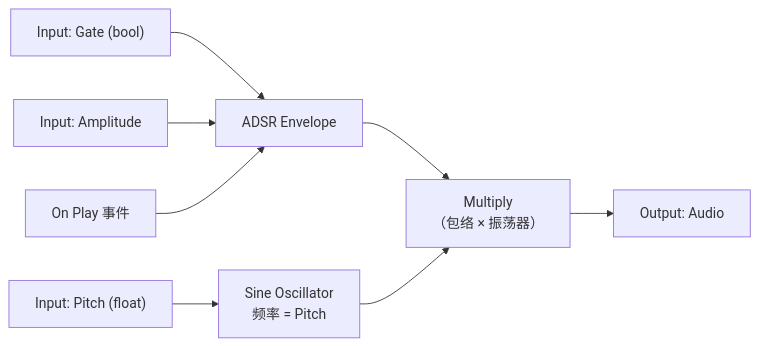
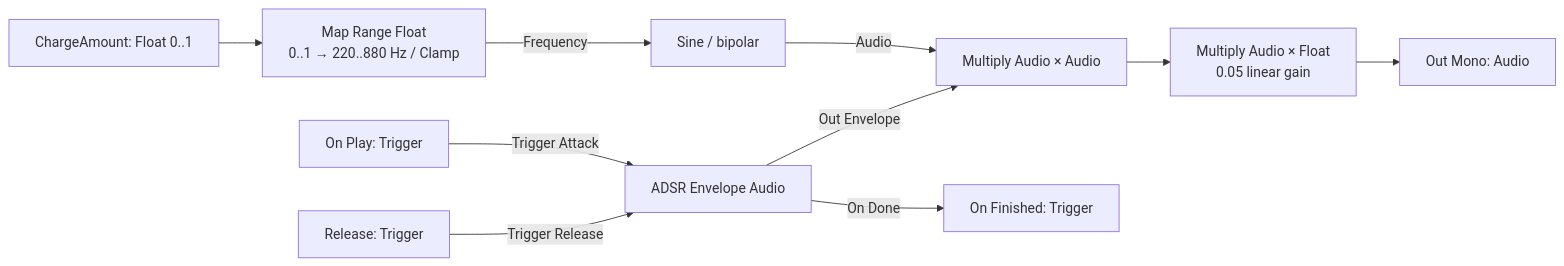
The first of 4 diagrams in 知识/04-图形动画与物理仿真/音频播放与程序化声音/03-MetaSound与程序化音频.md (fantuan812/learning), drawn with Mermaid before and after one commit. The commit also changed other lines of this file and 2 other files, not shown here.

````diff
--- a/知识/04-图形动画与物理仿真/音频播放与程序化声音/03-MetaSound与程序化音频.md
+++ b/知识/04-图形动画与物理仿真/音频播放与程序化声音/03-MetaSound与程序化音频.md
@@ -79,10 +102,12 @@
 ```mermaid
 flowchart LR
-    InPitch["Input: Pitch (float)"] --> Osc["Sine Oscillator<br/>频率 = Pitch"]
-    InGate["Input: Gate (bool)"] --> Env["ADSR Envelope"]
-    InAmp["Input: Amplitude"] --> Env
-    Env --> Mul["Multiply<br/>（包络 × 振荡器）"]
-    Osc --> Mul
-    Mul --> Out["Output: Audio"]
-    OnPlay["On Play 事件"] --> Env
+    Charge["ChargeAmount: Float 0..1"] --> Map["Map Range Float<br/>0..1 → 220..880 Hz / Clamp"]
+    Map -->|"Frequency"| Sine["Sine / bipolar"]
+    Play["On Play: Trigger"] -->|"Trigger Attack"| Env["ADSR Envelope Audio"]
+    Release["Release: Trigger"] -->|"Trigger Release"| Env
+    Sine -->|"Audio"| Mul["Multiply Audio × Audio"]
+    Env -->|"Out Envelope"| Mul
+    Mul --> Gain["Multiply Audio × Float<br/>0.05 linear gain"]
+    Gain --> Out["Out Mono: Audio"]
+    Env -->|"On Done"| Done["On Finished: Trigger"]
 ```
````
